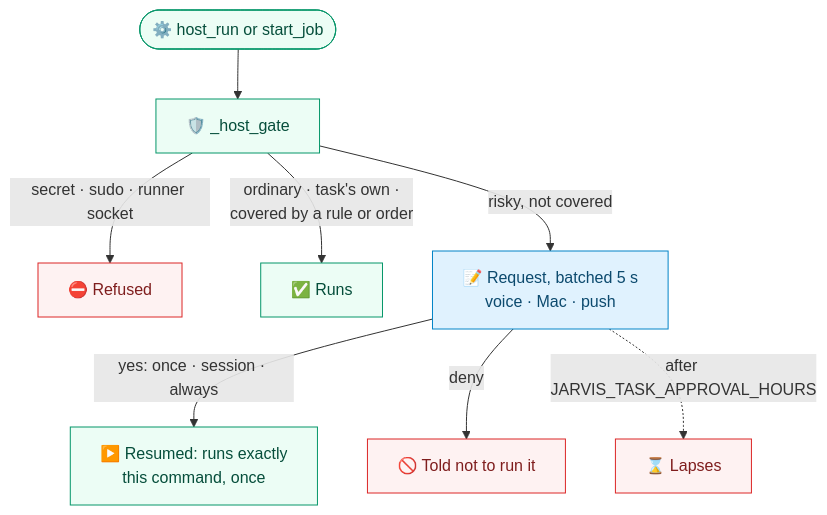
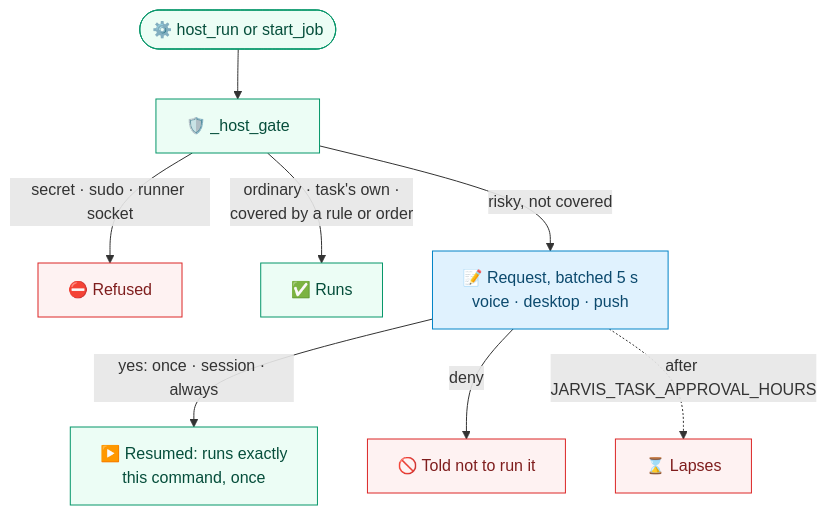
One commit to anilkumarmeena/alfred changed the fifth of 6 diagrams in docs/architecture.md. Above: the diagram before and after it, drawn with Mermaid. The commit also changed other lines of this file and 128 other files, not shown here.

````diff
--- a/docs/architecture.md
+++ b/docs/architecture.md
@@ -510,17 +537,17 @@
 ```mermaid
 flowchart TB
     C(["⚙️ host_run or start_job"]) --> G["🛡️ _host_gate"]
     G -->|"secret · sudo · runner socket"| X["⛔ Refused"]
     G -->|"ordinary · task's own ·<br/>covered by a rule or order"| Run["✅ Runs"]
-    G -->|"risky, not covered"| Req["📝 Request, batched 5 s<br/>voice · Mac · push"]
+    G -->|"risky, not covered"| Req["📝 Request, batched 5 s<br/>voice · desktop · push"]
     Req -->|"yes: once · session · always"| Res["▶️ Resumed: runs exactly<br/>this command, once"]
     Req -->|deny| D["🚫 Told not to run it"]
     Req -.->|"after JARVIS_TASK_APPROVAL_HOURS"| Lapse["⌛ Lapses"]
 
     classDef you fill:#e0f2fe,stroke:#0284c7,color:#0c4a6e
     classDef mac fill:#ecfdf5,stroke:#059669,color:#064e3b
     classDef warn fill:#fef2f2,stroke:#dc2626,color:#7f1d1d
     class C,G,Run,Res mac
     class Req you
     class X,D,Lapse warn
 ```
````
